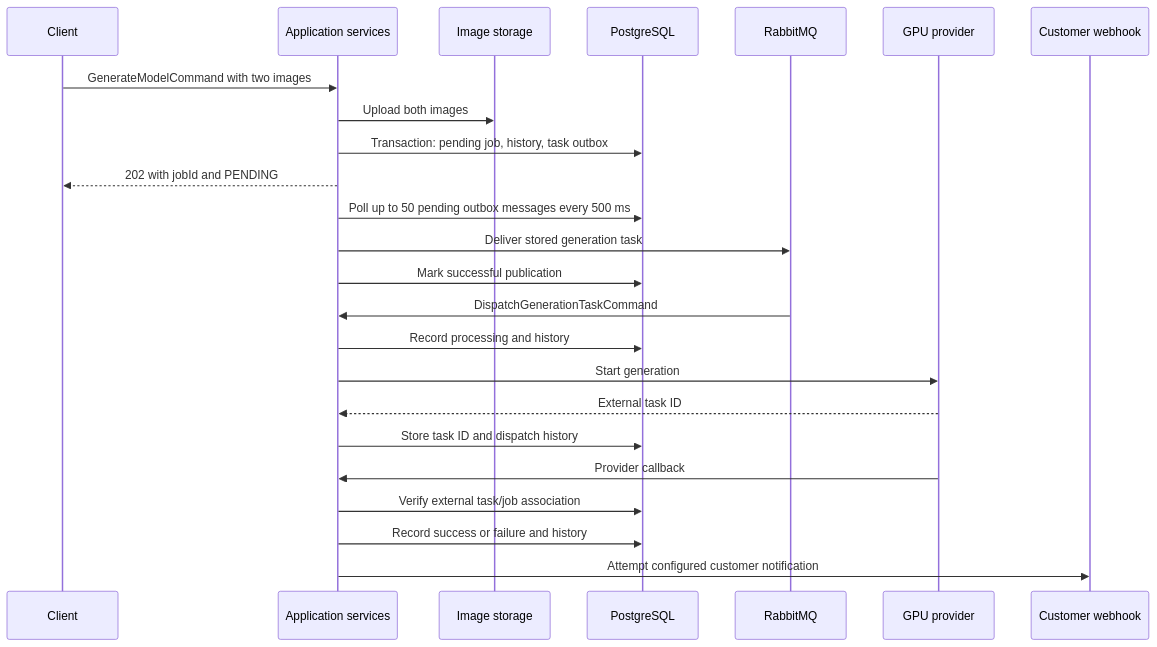
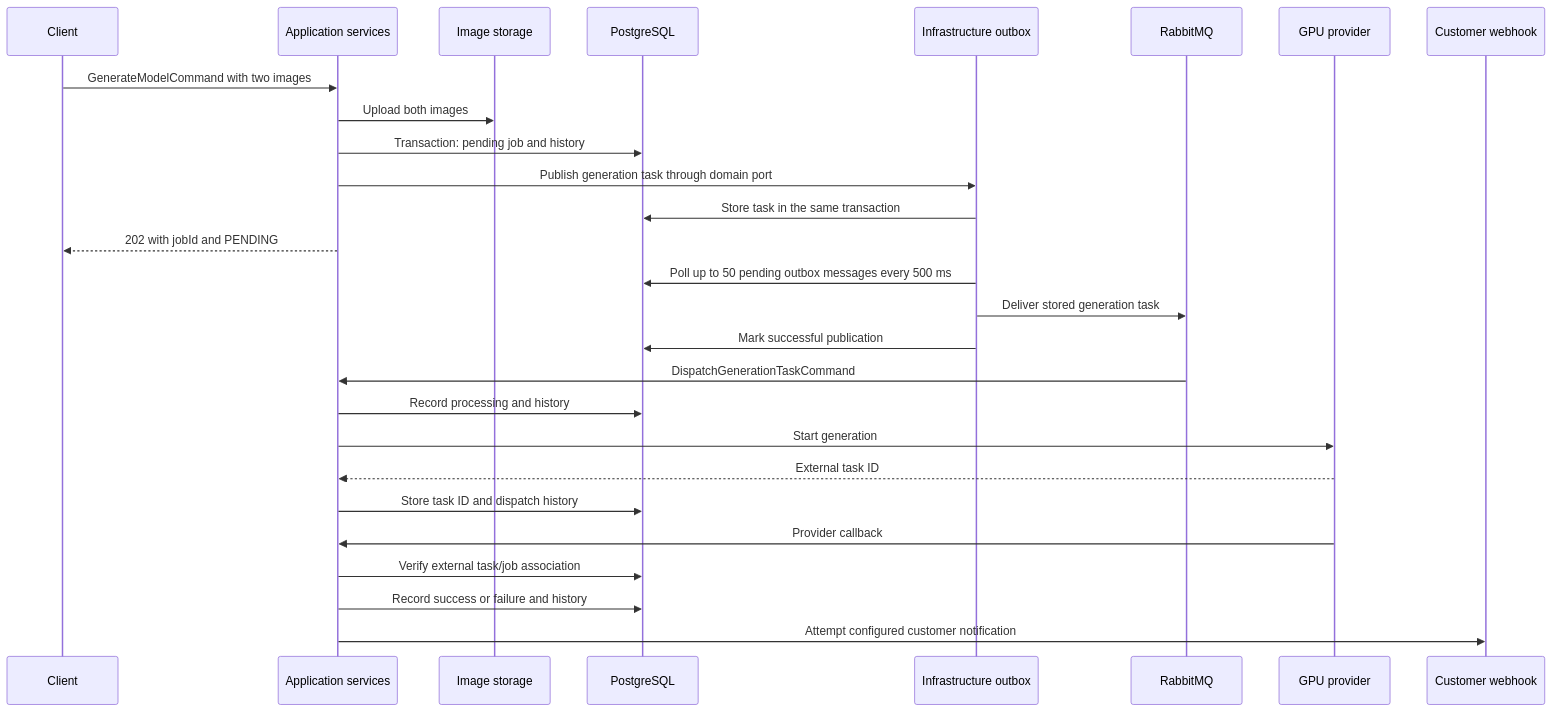
Before and after one commit to Shaboo/3dify: the diagram in system_flow.md, drawn with Mermaid. The commit also changed other lines of this file and 106 other files, not shown here.

````diff
--- a/system_flow.md
+++ b/system_flow.md
@@ -44,26 +46,29 @@
 ```mermaid
 sequenceDiagram
     participant C as Client
     participant A as Application services
     participant S as Image storage
     participant D as PostgreSQL
+    participant O as Infrastructure outbox
     participant R as RabbitMQ
     participant G as GPU provider
     participant W as Customer webhook
     C->>A: GenerateModelCommand with two images
     A->>S: Upload both images
-    A->>D: Transaction: pending job, history, task outbox
+    A->>D: Transaction: pending job and history
+    A->>O: Publish generation task through domain port
+    O->>D: Store task in the same transaction
     A-->>C: 202 with jobId and PENDING
-    A->>D: Poll up to 50 pending outbox messages every 500 ms
-    A->>R: Deliver stored generation task
-    A->>D: Mark successful publication
+    O->>D: Poll up to 50 pending outbox messages every 500 ms
+    O->>R: Deliver stored generation task
+    O->>D: Mark successful publication
     R->>A: DispatchGenerationTaskCommand
     A->>D: Record processing and history
     A->>G: Start generation
     G-->>A: External task ID
     A->>D: Store task ID and dispatch history
     G->>A: Provider callback
     A->>D: Verify external task/job association
     A->>D: Record success or failure and history
     A->>W: Attempt configured customer notification
 ```
````
